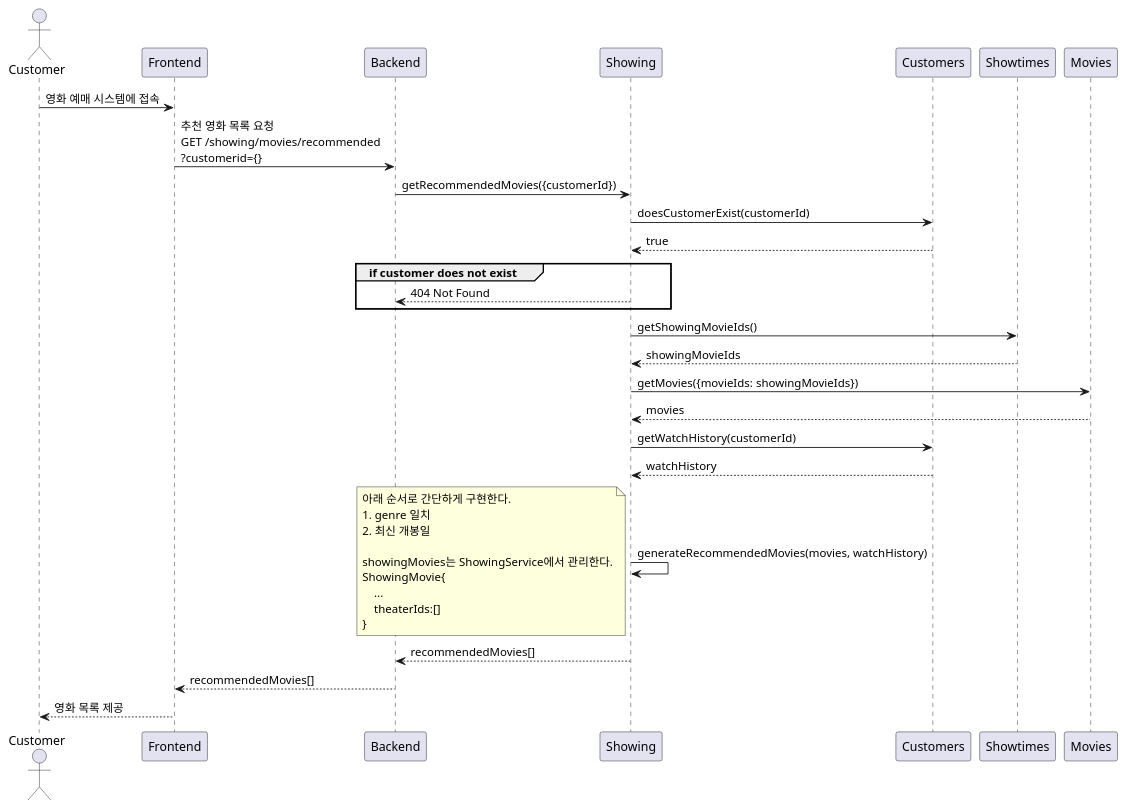
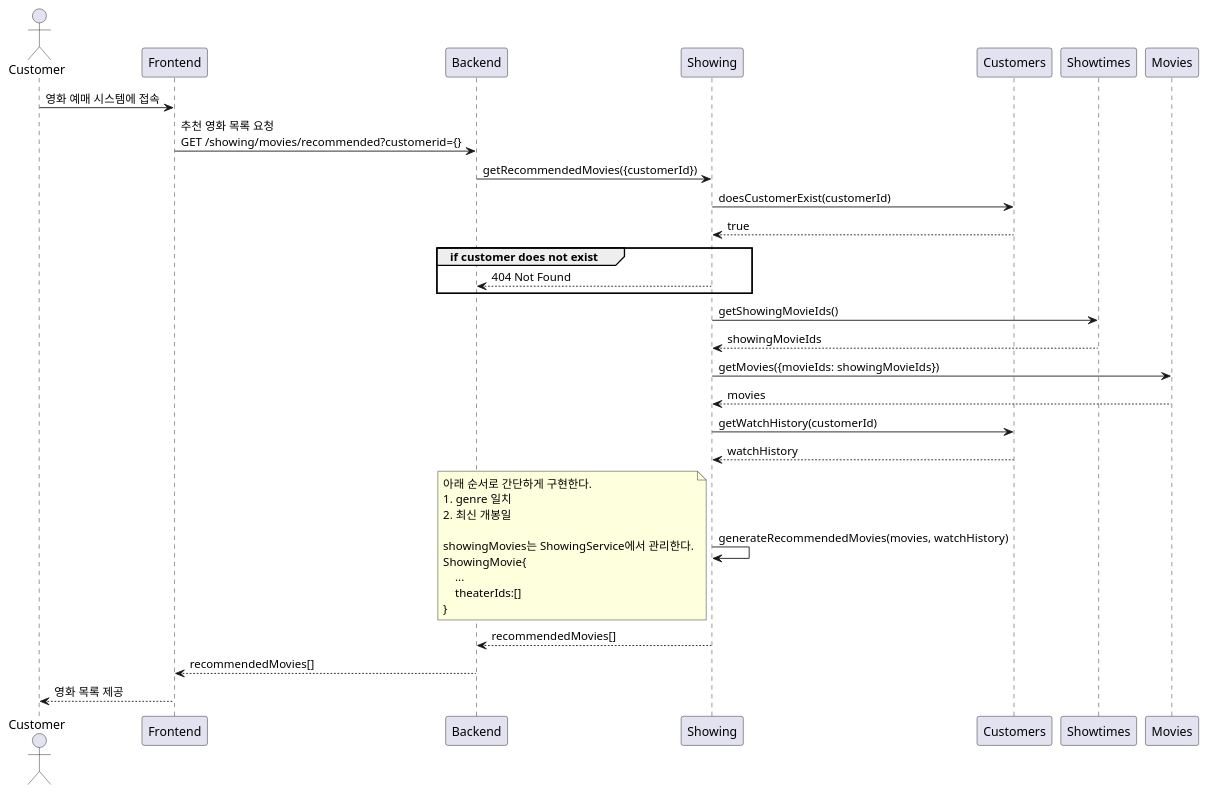
Before and after one commit to hunjuly/nest-seed: the first of 7 diagrams in docs/buy-tickets.md, drawn with PlantUML. The commit also changed 18 other files, not shown here.

````diff
--- a/docs/buy-tickets.md
+++ b/docs/buy-tickets.md
@@ -57,35 +57,35 @@
 ```plantuml
 @startuml
 actor Customer
 
 Customer -> Frontend : 영화 예매 시스템에 접속
-Frontend -> Backend : 추천 영화 목록 요청\nGET /showing/movies/recommended\n?customerid={}
+Frontend -> Backend : 추천 영화 목록 요청\nGET /showing/movies/recommended?customerid={}
 Backend -> Showing: getRecommendedMovies({customerId})
 Showing -> Customers : doesCustomerExist(customerId)
 Showing <-- Customers : true
 group if customer does not exist
 Backend <-- Showing : 404 Not Found
 end
 Showing -> Showtimes : getShowingMovieIds()
 Showing <-- Showtimes : showingMovieIds
 Showing -> Movies : getMovies({movieIds: showingMovieIds})
 Showing <-- Movies : movies
 Showing -> Customers : getWatchHistory(customerId)
 Showing <-- Customers : watchHistory
 Showing -> Showing : generateRecommendedMovies(movies, watchHistory)
 note left
 아래 순서로 간단하게 구현한다.
 1. genre 일치
 2. 최신 개봉일
 
 showingMovies는 ShowingService에서 관리한다.
 ShowingMovie{
     ...
     theaterIds:[]
 }
 end note
 Backend <-- Showing : recommendedMovies[]
 Frontend <-- Backend : recommendedMovies[]
 Customer <-- Frontend : 영화 목록 제공
 @enduml
 ```
````
